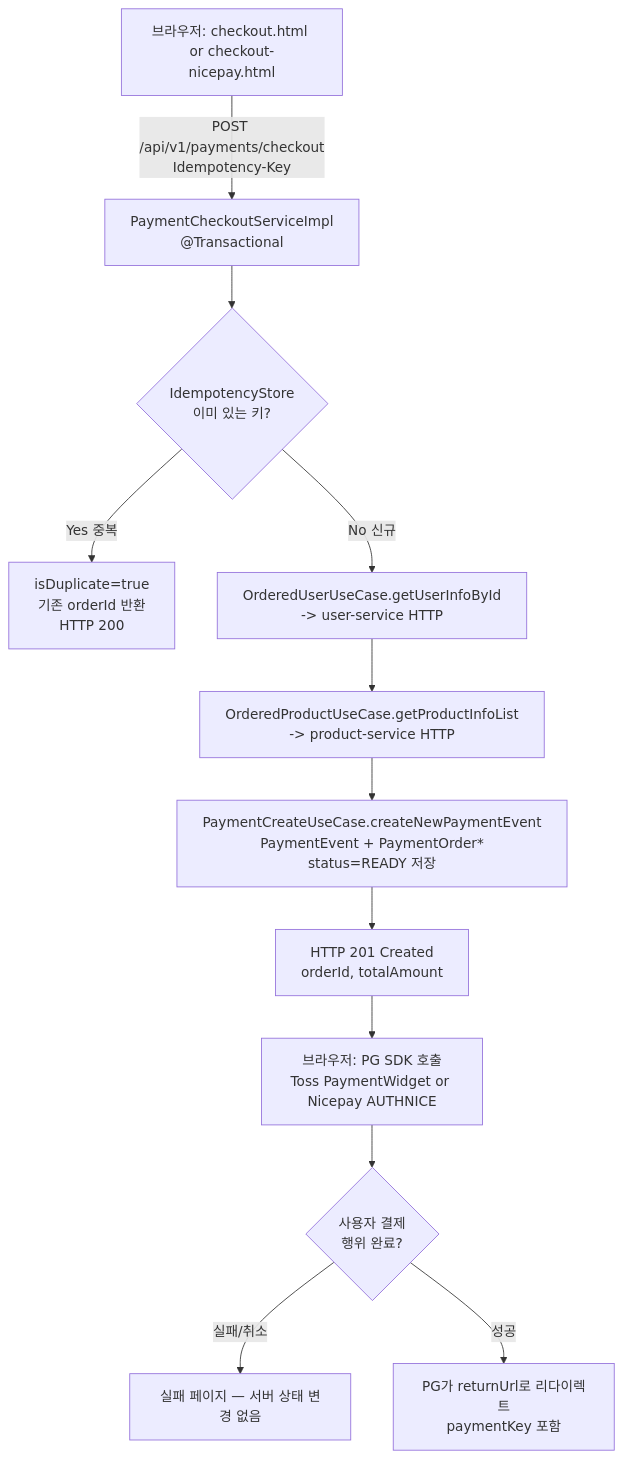
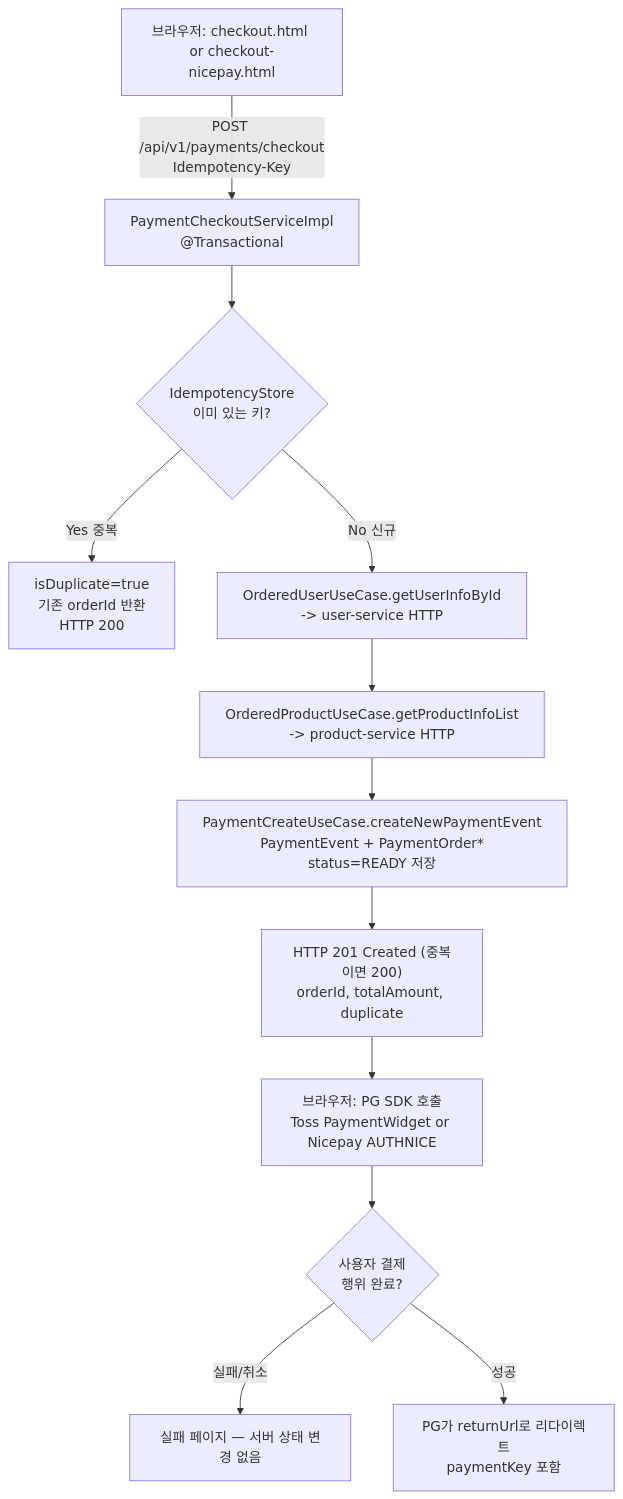
Before and after one commit to hyoguoo/payment-platform: the first of 10 diagrams in docs/context/PAYMENT-FLOW.md, drawn with Mermaid. The commit also changed 13 other files, not shown here.

````diff
--- a/docs/context/PAYMENT-FLOW.md
+++ b/docs/context/PAYMENT-FLOW.md
@@ -25,14 +25,14 @@
 ```mermaid
 flowchart TD
     A["브라우저: checkout.html or checkout-nicepay.html"] -->|"POST /api/v1/payments/checkout<br/>Idempotency-Key"| B["PaymentCheckoutServiceImpl<br/>@Transactional"]
     B --> C{"IdempotencyStore<br/>이미 있는 키?"}
     C -->|Yes 중복| C1["isDuplicate=true<br/>기존 orderId 반환<br/>HTTP 200"]
     C -->|No 신규| D["OrderedUserUseCase.getUserInfoById<br/>-> user-service HTTP"]
     D --> E["OrderedProductUseCase.getProductInfoList<br/>-> product-service HTTP"]
     E --> F["PaymentCreateUseCase.createNewPaymentEvent<br/>PaymentEvent + PaymentOrder*<br/>status=READY 저장"]
-    F --> G["HTTP 201 Created<br/>orderId, totalAmount"]
+    F --> G["HTTP 201 Created (중복이면 200)<br/>orderId, totalAmount, duplicate"]
     G --> H["브라우저: PG SDK 호출<br/>Toss PaymentWidget or Nicepay AUTHNICE"]
     H --> I{"사용자 결제<br/>행위 완료?"}
     I -->|실패/취소| I1["실패 페이지 — 서버 상태 변경 없음"]
     I -->|성공| J["PG가 returnUrl로 리다이렉트<br/>paymentKey 포함"]
 ```
````
